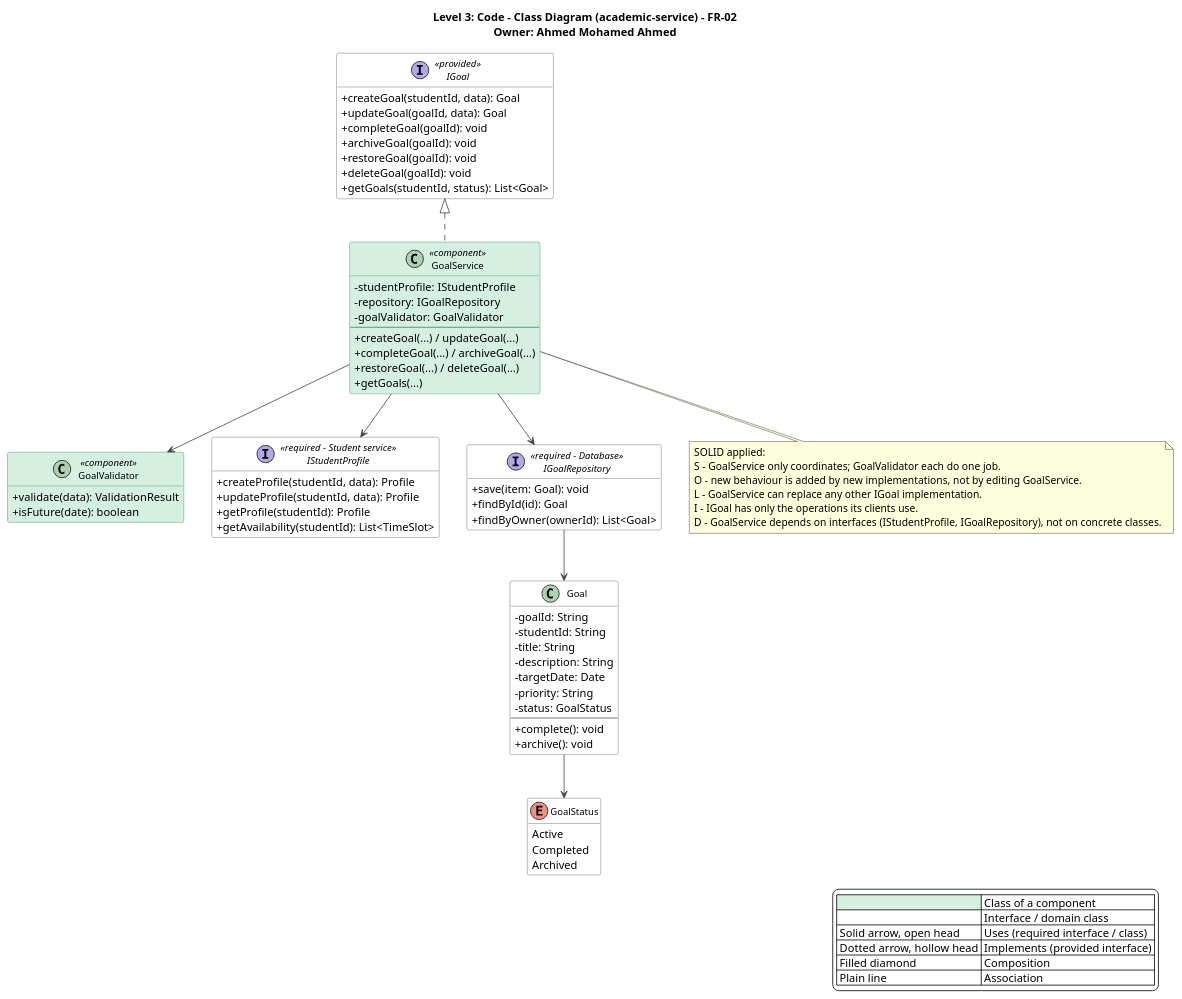
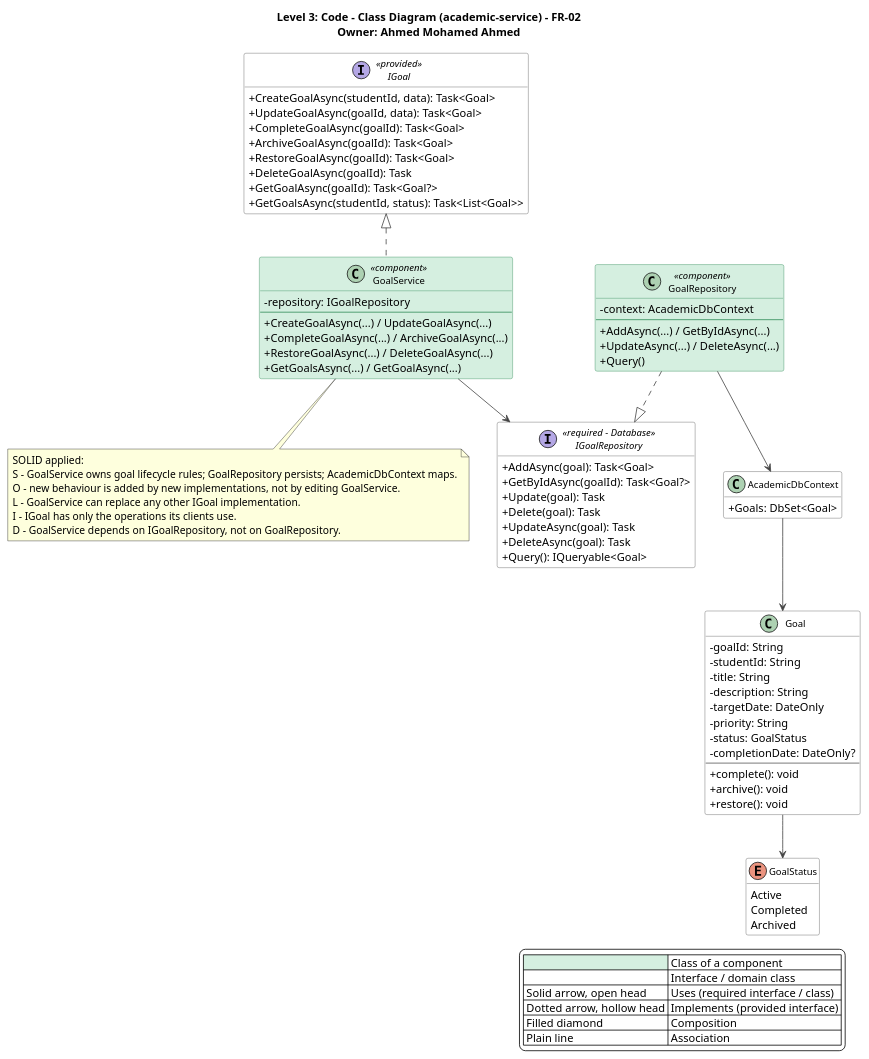
One commit to AIU-SoftWave/Aspirra changed the diagram in docs/PM1/Part A — Design/Class Diagram/02-academic-service.puml. Above: the diagram before and after it, drawn with PlantUML. The commit also changed 251 other files, not shown here.

First line of the commit message:
Add unit tests for HabitService and StudentService

```diff
--- a/docs/PM1/Part A — Design/Class Diagram/02-academic-service.puml
+++ b/docs/PM1/Part A — Design/Class Diagram/02-academic-service.puml
@@ -1,103 +1,109 @@
 @startuml academic-service-class-diagram
 title Level 3: Code - Class Diagram (academic-service) - FR-02\nOwner: Ahmed Mohamed Ahmed
 top to bottom direction
 skinparam shadowing false
 skinparam defaultFontName Segoe UI
 skinparam backgroundColor #FFFFFF
 skinparam classAttributeIconSize 0
 skinparam classFontSize 12
 skinparam nodesep 35
 skinparam ranksep 55
 skinparam ArrowColor #444444
 skinparam class {
   BackgroundColor #FFFFFF
   BorderColor #555555
   BackgroundColor<<component>> #D5EFE0
   BorderColor<<component>> #2E8B57
 }
 skinparam interface {
   BackgroundColor #FFFFFF
   BorderColor #555555
 }
 hide empty members
 
 legend right
   |<#D5EFE0>   | Class of a component |
   |<#FFFFFF>   | Interface / domain class |
   | Solid arrow, open head | Uses (required interface / class) |
   | Dotted arrow, hollow head | Implements (provided interface) |
   | Filled diamond | Composition |
   | Plain line | Association |
 endlegend
 
 interface IGoal <<provided>> {
-  +createGoal(studentId, data): Goal
-  +updateGoal(goalId, data): Goal
-  +completeGoal(goalId): void
-  +archiveGoal(goalId): void
-  +restoreGoal(goalId): void
-  +deleteGoal(goalId): void
-  +getGoals(studentId, status): List<Goal>
+  +CreateGoalAsync(studentId, data): Task<Goal>
+  +UpdateGoalAsync(goalId, data): Task<Goal>
+  +CompleteGoalAsync(goalId): Task<Goal>
+  +ArchiveGoalAsync(goalId): Task<Goal>
+  +RestoreGoalAsync(goalId): Task<Goal>
+  +DeleteGoalAsync(goalId): Task
+  +GetGoalAsync(goalId): Task<Goal?>
+  +GetGoalsAsync(studentId, status): Task<List<Goal>>
 }
 
 class GoalService <<component>> {
-  -studentProfile: IStudentProfile
   -repository: IGoalRepository
-  -goalValidator: GoalValidator
   --
-  +createGoal(...) / updateGoal(...)
-  +completeGoal(...) / archiveGoal(...)
-  +restoreGoal(...) / deleteGoal(...)
-  +getGoals(...)
+  +CreateGoalAsync(...) / UpdateGoalAsync(...)
+  +CompleteGoalAsync(...) / ArchiveGoalAsync(...)
+  +RestoreGoalAsync(...) / DeleteGoalAsync(...)
+  +GetGoalsAsync(...) / GetGoalAsync(...)
 }
 
-IGoal <|.. GoalService
-class GoalValidator <<component>> {
-  +validate(data): ValidationResult
-  +isFuture(date): boolean
-}
-GoalService --> GoalValidator
-
-interface IStudentProfile <<required - Student service>> {
-  +createProfile(studentId, data): Profile
-  +updateProfile(studentId, data): Profile
-  +getProfile(studentId): Profile
-  +getAvailability(studentId): List<TimeSlot>
+interface IGoalRepository <<required - Database>> {
+  +AddAsync(goal): Task<Goal>
+  +GetByIdAsync(goalId): Task<Goal?>
+  +Update(goal): Task
+  +Delete(goal): Task
+  +UpdateAsync(goal): Task
+  +DeleteAsync(goal): Task
+  +Query(): IQueryable<Goal>
 }
 
-GoalService --> IStudentProfile
-interface IGoalRepository <<required - Database>> {
-  +save(item: Goal): void
-  +findById(id): Goal
-  +findByOwner(ownerId): List<Goal>
+class GoalRepository <<component>> {
+  -context: AcademicDbContext
+  --
+  +AddAsync(...) / GetByIdAsync(...)
+  +UpdateAsync(...) / DeleteAsync(...)
+  +Query()
 }
 
-GoalService --> IGoalRepository
+class AcademicDbContext {
+  +Goals: DbSet<Goal>
+}
+
 class Goal {
   -goalId: String
   -studentId: String
   -title: String
   -description: String
-  -targetDate: Date
+  -targetDate: DateOnly
   -priority: String
   -status: GoalStatus
+  -completionDate: DateOnly?
   --
   +complete(): void
   +archive(): void
+  +restore(): void
 }
 enum GoalStatus {
   Active
   Completed
   Archived
 }
-IGoalRepository --> Goal
+
+IGoal <|.. GoalService
+GoalService --> IGoalRepository
+GoalRepository ..|> IGoalRepository
+GoalRepository --> AcademicDbContext
+AcademicDbContext --> Goal
 Goal --> GoalStatus
 note bottom of GoalService
 SOLID applied:
-S - GoalService only coordinates; GoalValidator each do one job.
+S - GoalService owns goal lifecycle rules; GoalRepository persists; AcademicDbContext maps.
 O - new behaviour is added by new implementations, not by editing GoalService.
 L - GoalService can replace any other IGoal implementation.
 I - IGoal has only the operations its clients use.
-D - GoalService depends on interfaces (IStudentProfile, IGoalRepository), not on concrete classes.
+D - GoalService depends on IGoalRepository, not on GoalRepository.
 end note
 @enduml
```
